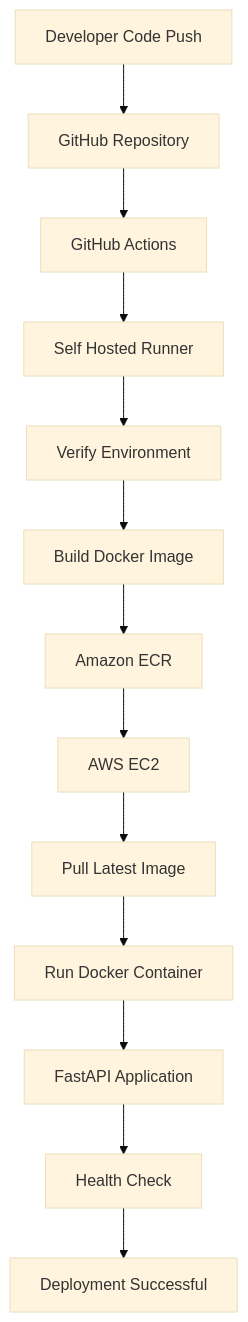
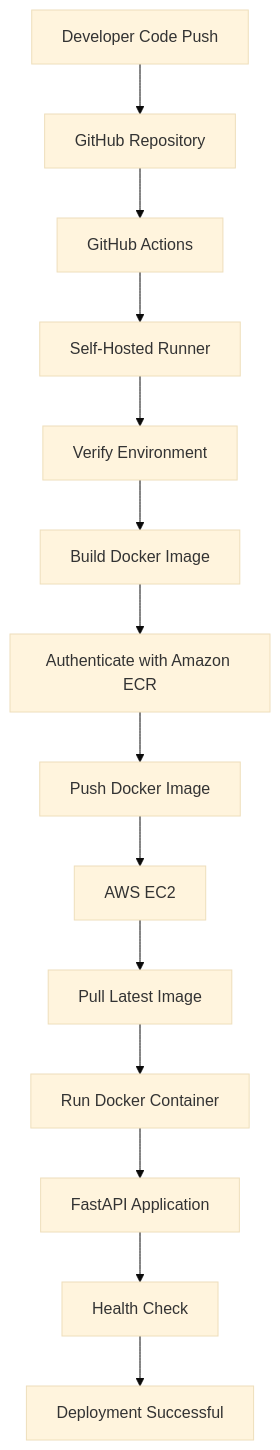
Before and after one commit to Ravinuthala-Venkata-Siva-Prasad/Network-Security: the second of 2 diagrams in README.md, drawn with Mermaid (base theme). The commit also changed other lines of this file, not shown here.

````diff
--- a/README.md
+++ b/README.md
@@ -356,26 +410,28 @@
 ```mermaid
 flowchart TD
     A[Developer Code Push] --> B[GitHub Repository]
 
     B --> C[GitHub Actions]
 
-    C --> D[Self Hosted Runner]
+    C --> D[Self-Hosted Runner]
 
     D --> E[Verify Environment]
 
     E --> F[Build Docker Image]
 
-    F --> G[Amazon ECR]
+    F --> G[Authenticate with Amazon ECR]
 
-    G --> H[AWS EC2]
+    G --> H[Push Docker Image]
 
-    H --> I[Pull Latest Image]
+    H --> I[AWS EC2]
 
-    I --> J[Run Docker Container]
+    I --> J[Pull Latest Image]
 
-    J --> K[FastAPI Application]
+    J --> K[Run Docker Container]
 
-    K --> L[Health Check]
+    K --> L[FastAPI Application]
 
-    L --> M[Deployment Successful]
+    L --> M[Health Check]
+
+    M --> N[Deployment Successful]
 ```
````
